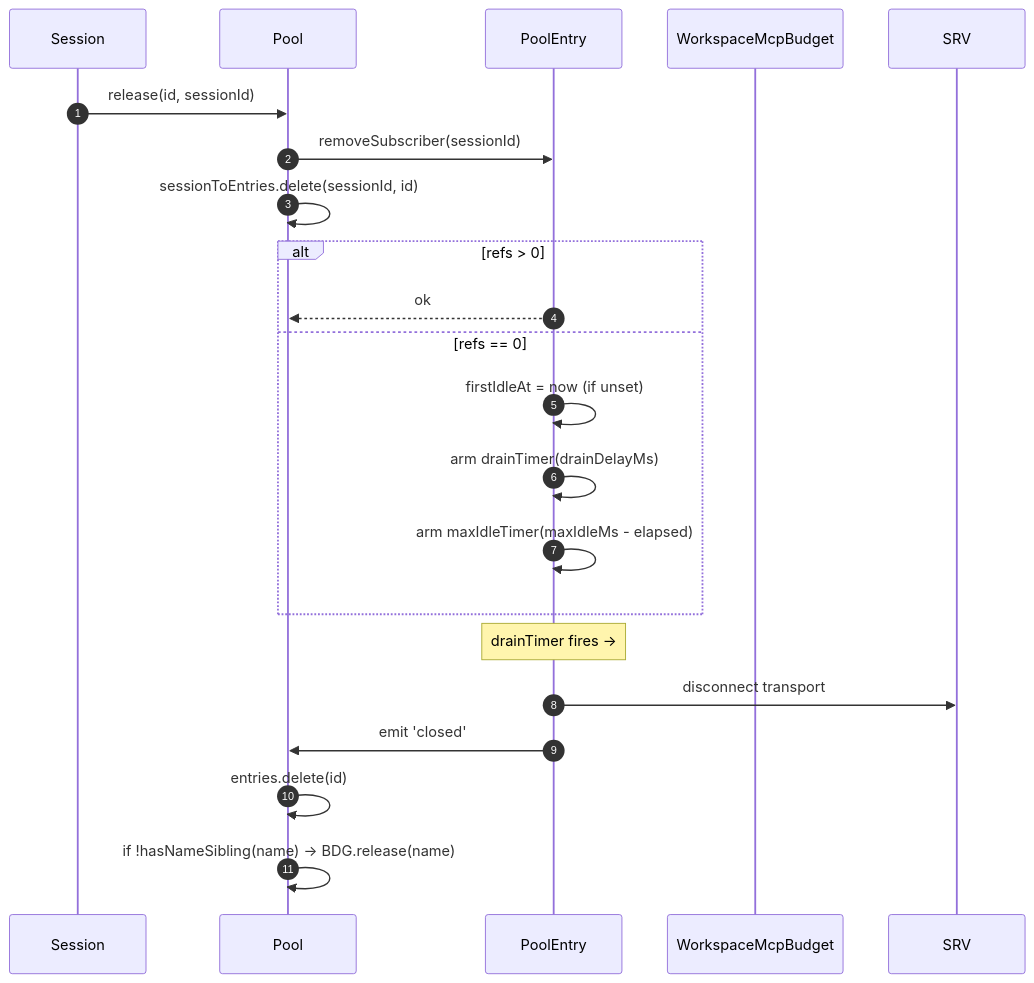
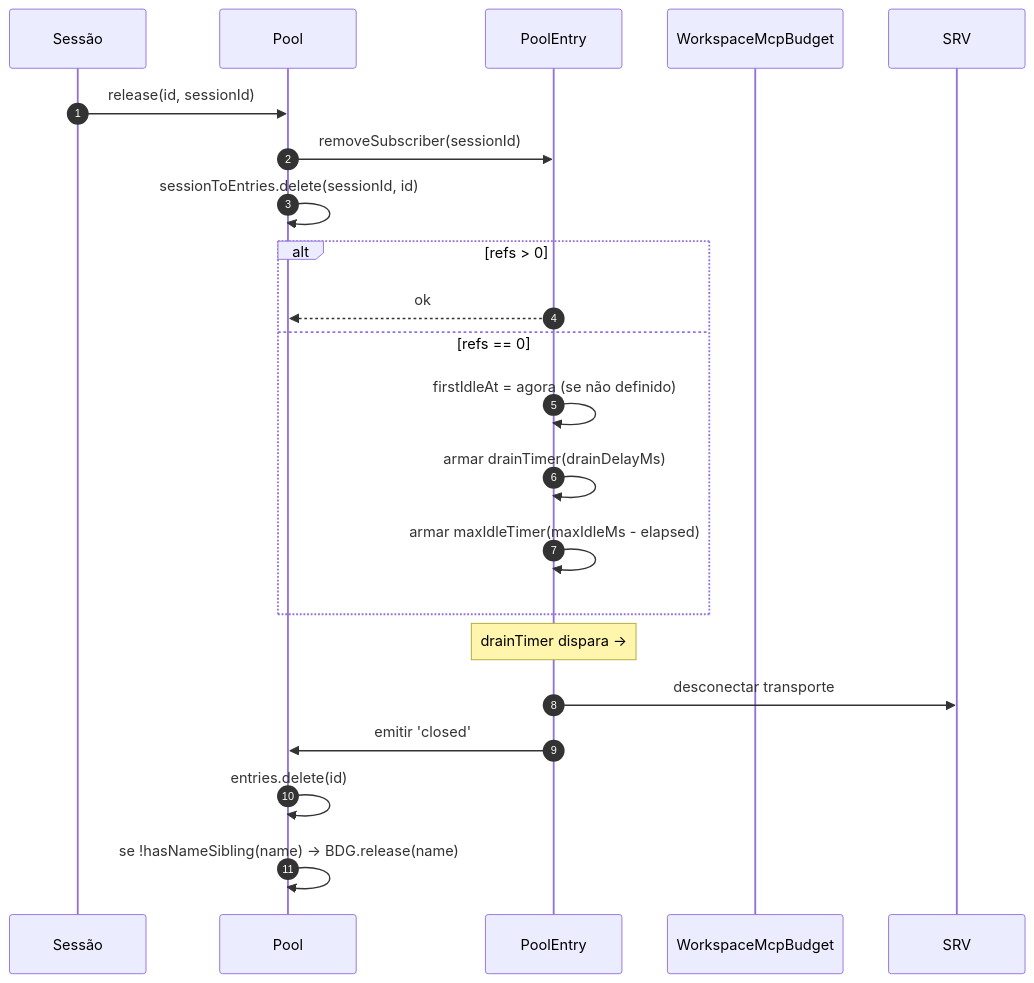
The second of 4 diagrams in website/content/pt-BR/developers/daemon/05-mcp-transport-pool.md (QwenLM/qwen-code-docs), drawn with Mermaid before and after one commit. The commit also changed other lines of this file and 1077 other files, not shown here.

````diff
--- a/website/content/pt-BR/developers/daemon/05-mcp-transport-pool.md
+++ b/website/content/pt-BR/developers/daemon/05-mcp-transport-pool.md
@@ -143,24 +144,24 @@
 ```mermaid
 sequenceDiagram
     autonumber
-    participant S as Session
+    participant S as Sessão
     participant P as Pool
     participant E as PoolEntry
     participant BDG as WorkspaceMcpBudget
 
     S->>P: release(id, sessionId)
     P->>E: removeSubscriber(sessionId)
     P->>P: sessionToEntries.delete(sessionId, id)
     alt refs > 0
         E-->>P: ok
     else refs == 0
-        E->>E: firstIdleAt = now (if unset)
-        E->>E: arm drainTimer(drainDelayMs)
-        E->>E: arm maxIdleTimer(maxIdleMs - elapsed)
+        E->>E: firstIdleAt = agora (se não definido)
+        E->>E: armar drainTimer(drainDelayMs)
+        E->>E: armar maxIdleTimer(maxIdleMs - elapsed)
     end
-    Note over E: drainTimer fires →
-    E->>SRV: disconnect transport
-    E->>P: emit 'closed'
+    Note over E: drainTimer dispara →
+    E->>SRV: desconectar transporte
+    E->>P: emitir 'closed'
     P->>P: entries.delete(id)
-    P->>P: if !hasNameSibling(name) → BDG.release(name)
+    P->>P: se !hasNameSibling(name) → BDG.release(name)
 ```
````
